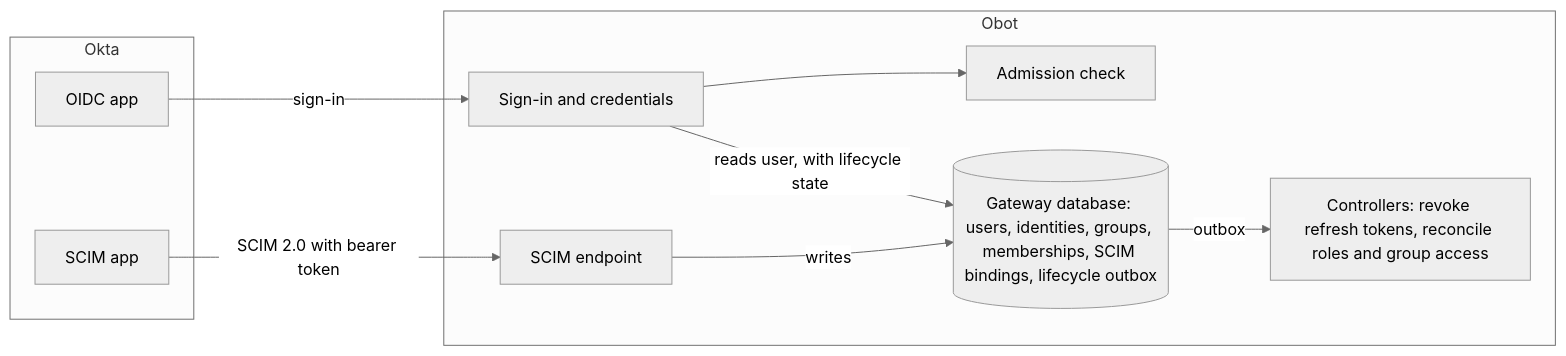
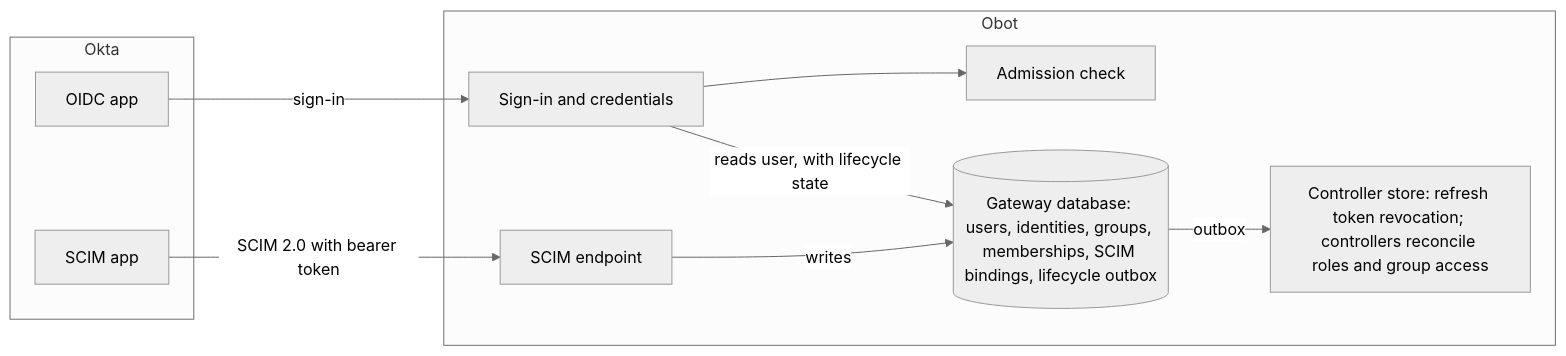
The first of 2 diagrams in proposals/2026-09-23-okta-scim/README.md (g-linville/obot-design-proposals), drawn with Mermaid (neutral theme) before and after one commit. The commit also changed other lines of this file, not shown here.

````diff
--- a/proposals/2026-09-23-okta-scim/README.md
+++ b/proposals/2026-09-23-okta-scim/README.md
@@ -103,18 +103,18 @@
 ```mermaid
 flowchart LR
     subgraph Okta
         OIDC["OIDC app"]
         App["SCIM app"]
     end
     subgraph Obot
         Auth["Sign-in and credentials"] --> Check["Admission check"]
         Endpoint["SCIM endpoint"]
         DB[("Gateway database: users, identities, groups, memberships, SCIM bindings, lifecycle outbox")]
-        Ctrl["Controllers: revoke refresh tokens, reconcile roles and group access"]
+        Ctrl["Controller store: refresh token revocation; controllers reconcile roles and group access"]
     end
     OIDC -- "sign-in" --> Auth
     App -- "SCIM 2.0 with bearer token" --> Endpoint
     Endpoint -- "writes" --> DB
     Auth -- "reads user, with lifecycle state" --> DB
     DB -- "outbox" --> Ctrl
 ```
````
